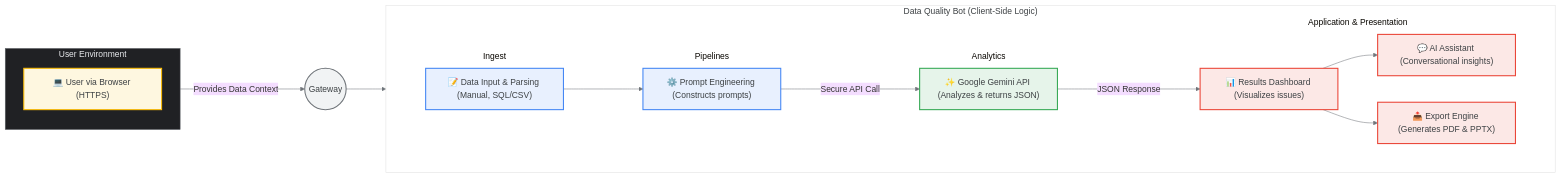
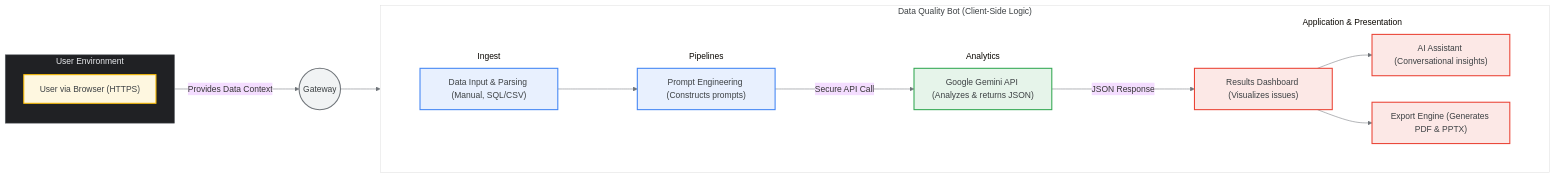
The first of 2 diagrams in README.md (chtsalvishal/DQ_Gen_AI_Bot), drawn with Mermaid before and after one commit. The commit also changed other lines of this file, not shown here.

First line of the commit message:
feat: Simplify README diagrams

````diff
--- a/README.md
+++ b/README.md
@@ -24,65 +24,65 @@
 ```mermaid
 %%{
   init: {
     "theme": "base",
     "themeVariables": {
       "fontFamily": "\"Roboto\", sans-serif",
       "lineColor": "#70757A",
       "textColor": "#3C4043",
       "mainBkg": "#F8F9FA"
     }
   }
 }%%
 graph LR
     subgraph user_env ["User Environment"]
         direction TB
-        A["💻 User via Browser (HTTPS)"]:::userNode
+        A["User via Browser (HTTPS)"]:::userNode
     end
 
     subgraph gateway_sub [" "]
       B((Gateway)):::gatewayNode
     end
     
     A -- "Provides Data Context" --> B
 
     subgraph "bot_logic" ["Data Quality Bot (Client-Side Logic)"]
         direction LR
         subgraph ingest_sub [Ingest]
-            C["📝 Data Input & Parsing (Manual, SQL/CSV)"]:::processNode
+            C["Data Input & Parsing (Manual, SQL/CSV)"]:::processNode
         end
         subgraph pipelines_sub [Pipelines]
-            D["⚙️ Prompt Engineering (Constructs prompts)"]:::processNode
+            D["Prompt Engineering (Constructs prompts)"]:::processNode
         end
         subgraph analytics_sub [Analytics]
-            E["✨ Google Gemini API (Analyzes & returns JSON)"]:::apiNode
+            E["Google Gemini API (Analyzes & returns JSON)"]:::apiNode
         end
         subgraph app_sub ["Application & Presentation"]
-            F["📊 Results Dashboard (Visualizes issues)"]:::outputNode
-            G["💬 AI Assistant (Conversational insights)"]:::outputNode
-            H["📤 Export Engine (Generates PDF & PPTX)"]:::outputNode
+            F["Results Dashboard (Visualizes issues)"]:::outputNode
+            G["AI Assistant (Conversational insights)"]:::outputNode
+            H["Export Engine (Generates PDF & PPTX)"]:::outputNode
         end
     end
 
     B --> C
     C --> D
     D -- "Secure API Call" --> E
     E -- "JSON Response" --> F
     F --> G
     F --> H
     
     %% Style Subgraphs to create the split background effect
     style user_env fill:#202124,stroke:#5F6368,color:#E8EAED
     style gateway_sub fill:transparent,stroke:transparent
     style bot_logic fill:#FFFFFF,stroke:#E0E0E0,color:#3C4043
     style ingest_sub fill:#FFFFFF,stroke:transparent
     style pipelines_sub fill:#FFFFFF,stroke:transparent
     style analytics_sub fill:#FFFFFF,stroke:transparent
     style app_sub fill:#FFFFFF,stroke:transparent
 
     %% Style Nodes for a professional, GCP-like feel
     classDef userNode fill:#FEF7E0,stroke:#FBBC05,stroke-width:2px,color:#3C4043
     classDef gatewayNode fill:#F1F3F4,stroke:#70757A,stroke-width:2px,color:#3C4043
     classDef processNode fill:#E8F0FE,stroke:#4285F4,stroke-width:2px,color:#3C4043
     classDef apiNode fill:#E6F4EA,stroke:#34A853,stroke-width:2px,color:#3C4043
     classDef outputNode fill:#FCE8E6,stroke:#EA4335,stroke-width:2px,color:#3C4043
 ```
````
